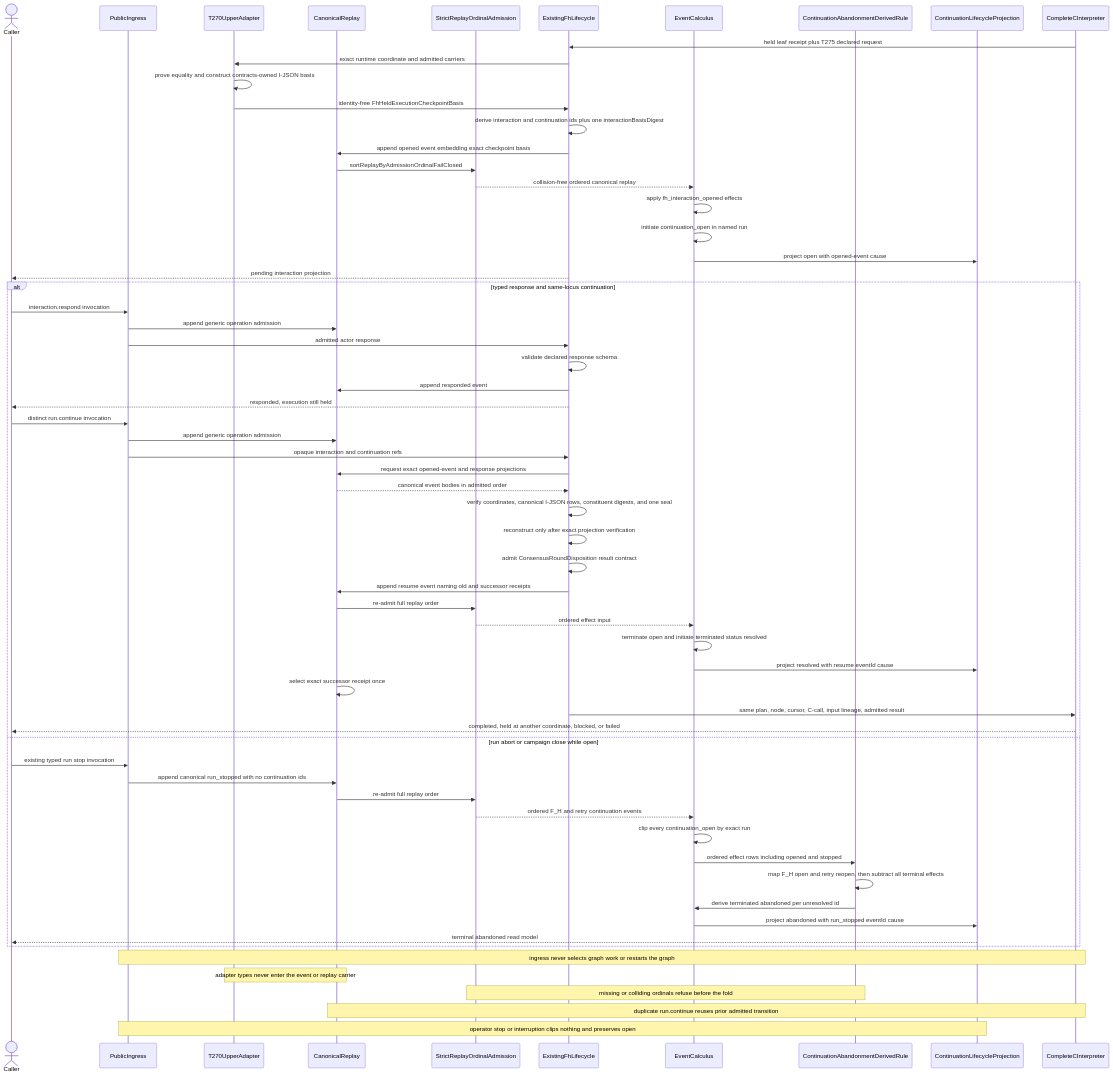
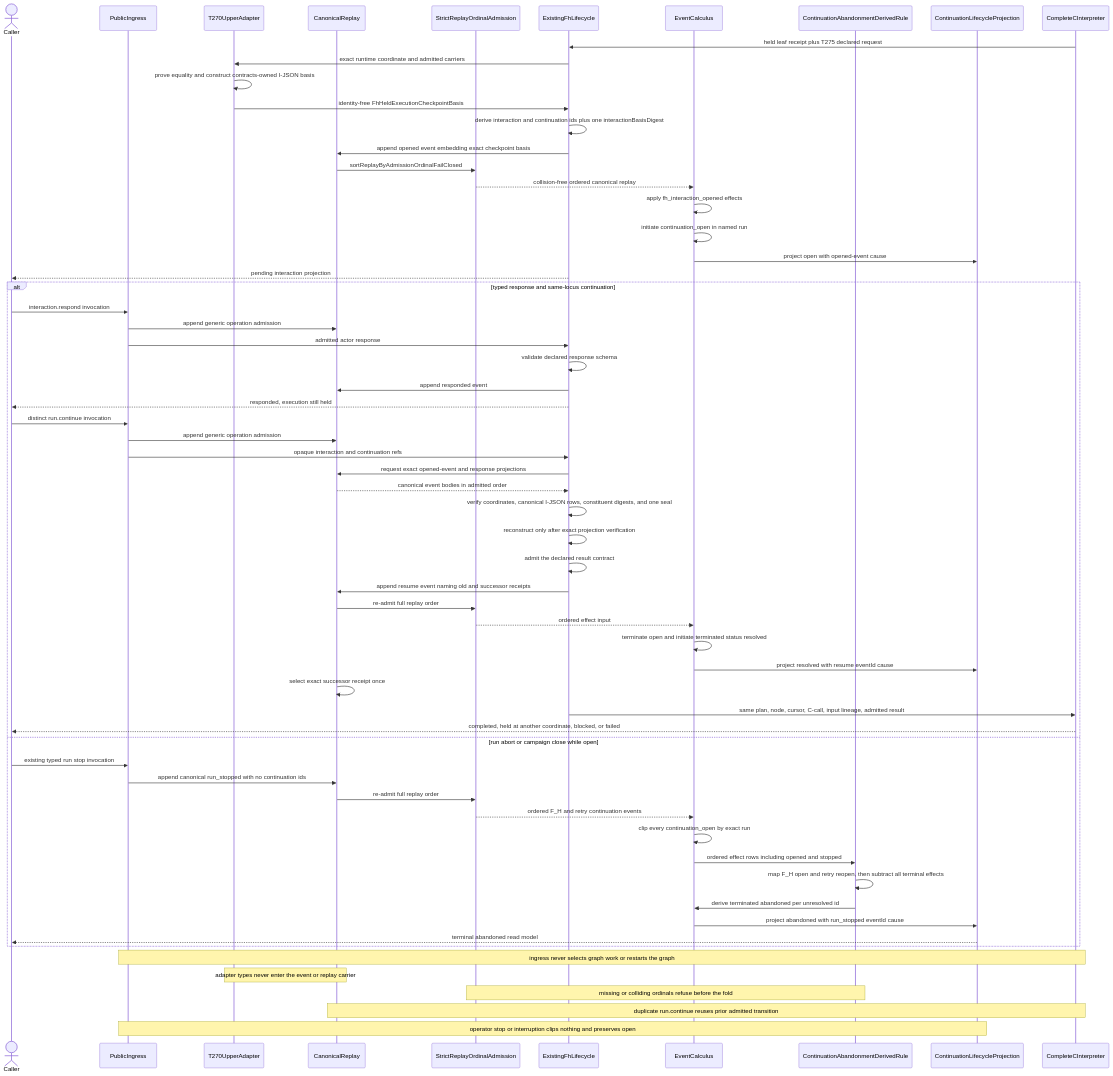
One commit to foolishimp/abiogenesis changed the second of 3 diagrams in build_tenants/abiogenesis/typescript/design/M03_M04_FH_RUNTIME_CONTINUATION_BEHAVIOR_DESIGN.md. Above: the diagram before and after it, drawn with Mermaid. The commit also changed other lines of this file and 61 other files, not shown here.

````diff
--- a/build_tenants/abiogenesis/typescript/design/M03_M04_FH_RUNTIME_CONTINUATION_BEHAVIOR_DESIGN.md
+++ b/build_tenants/abiogenesis/typescript/design/M03_M04_FH_RUNTIME_CONTINUATION_BEHAVIOR_DESIGN.md
@@ -541,69 +501,69 @@
 ```mermaid
 sequenceDiagram
   actor Caller
   participant M04 as PublicIngress
   participant Adapter as T270UpperAdapter
   participant Replay as CanonicalReplay
   participant Ordinal as StrictReplayOrdinalAdmission
   participant Fh as ExistingFhLifecycle
   participant EC as EventCalculus
   participant Rule as ContinuationAbandonmentDerivedRule
   participant Projection as ContinuationLifecycleProjection
   participant T271 as CompleteCInterpreter
 
   T271->>Fh: held leaf receipt plus T275 declared request
   Fh->>Adapter: exact runtime coordinate and admitted carriers
   Adapter->>Adapter: prove equality and construct contracts-owned I-JSON basis
   Adapter->>Fh: identity-free FhHeldExecutionCheckpointBasis
   Fh->>Fh: derive interaction and continuation ids plus one interactionBasisDigest
   Fh->>Replay: append opened event embedding exact checkpoint basis
   Replay->>Ordinal: sortReplayByAdmissionOrdinalFailClosed
   Ordinal-->>EC: collision-free ordered canonical replay
   EC->>EC: apply fh_interaction_opened effects
   EC->>EC: initiate continuation_open in named run
   EC->>Projection: project open with opened-event cause
   Fh-->>Caller: pending interaction projection
 
   alt typed response and same-locus continuation
     Caller->>M04: interaction.respond invocation
     M04->>Replay: append generic operation admission
     M04->>Fh: admitted actor response
     Fh->>Fh: validate declared response schema
     Fh->>Replay: append responded event
     Fh-->>Caller: responded, execution still held
 
     Caller->>M04: distinct run.continue invocation
     M04->>Replay: append generic operation admission
     M04->>Fh: opaque interaction and continuation refs
     Fh->>Replay: request exact opened-event and response projections
     Replay-->>Fh: canonical event bodies in admitted order
     Fh->>Fh: verify coordinates, canonical I-JSON rows, constituent digests, and one seal
     Fh->>Fh: reconstruct only after exact projection verification
-    Fh->>Fh: admit ConsensusRoundDisposition result contract
+    Fh->>Fh: admit the declared result contract
     Fh->>Replay: append resume event naming old and successor receipts
     Replay->>Ordinal: re-admit full replay order
     Ordinal-->>EC: ordered effect input
     EC->>EC: terminate open and initiate terminated status resolved
     EC->>Projection: project resolved with resume eventId cause
     Replay->>Replay: select exact successor receipt once
     Fh->>T271: same plan, node, cursor, C-call, input lineage, admitted result
     T271-->>Caller: completed, held at another coordinate, blocked, or failed
   else run abort or campaign close while open
     Caller->>M04: existing typed run stop invocation
     M04->>Replay: append canonical run_stopped with no continuation ids
     Replay->>Ordinal: re-admit full replay order
     Ordinal-->>EC: ordered F_H and retry continuation events
     EC->>EC: clip every continuation_open by exact run
     EC->>Rule: ordered effect rows including opened and stopped
     Rule->>Rule: map F_H open and retry reopen, then subtract all terminal effects
     Rule->>EC: derive terminated abandoned per unresolved id
     EC->>Projection: project abandoned with run_stopped eventId cause
     Projection-->>Caller: terminal abandoned read model
   end
 
   Note over M04,T271: ingress never selects graph work or restarts the graph
   Note over Adapter,Replay: adapter types never enter the event or replay carrier
   Note over Ordinal,Rule: missing or colliding ordinals refuse before the fold
   Note over Replay,T271: duplicate run.continue reuses prior admitted transition
   Note over M04,Projection: operator stop or interruption clips nothing and preserves open
 ```
````
